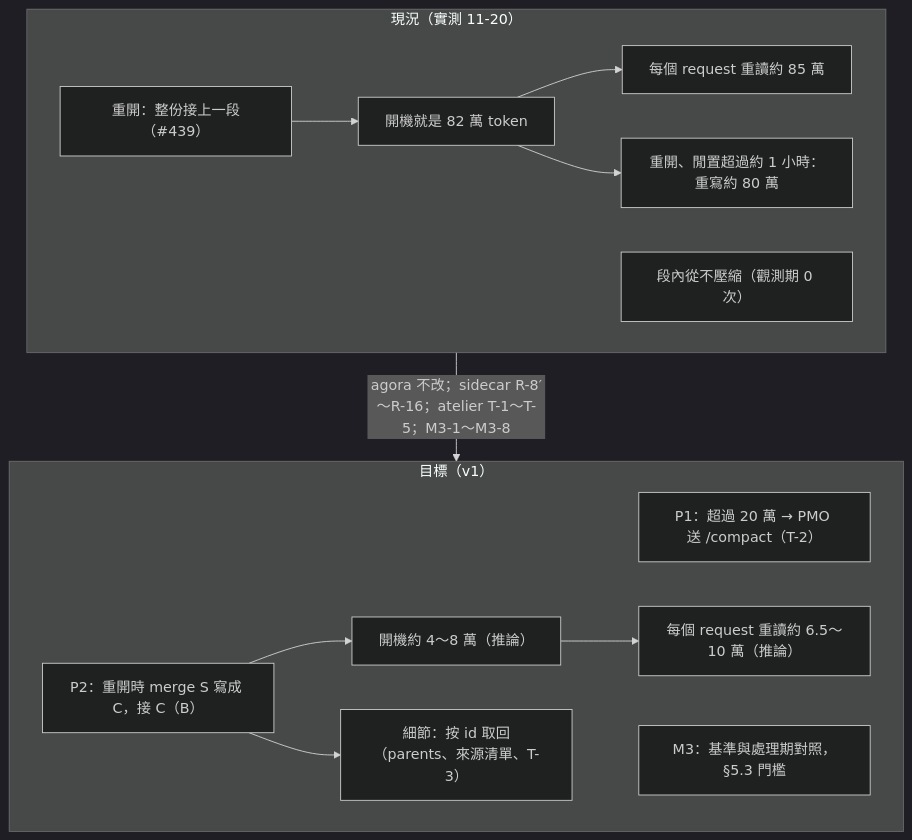
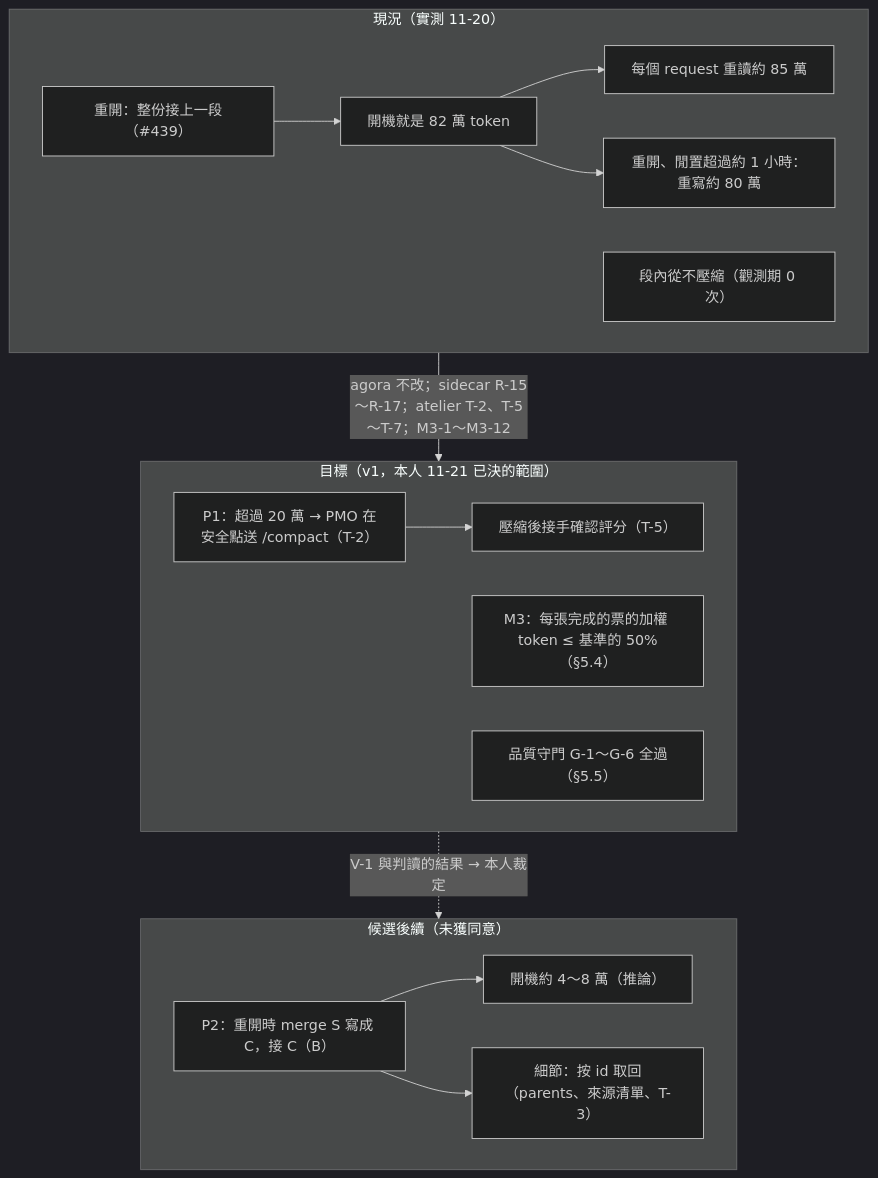
The third of 3 diagrams in docs/design-notes/462-v1-recall-instead-of-resend.md (FATESAIKOU/MyAiStorage), drawn with Mermaid (dark theme) before and after one commit. The commit also changed other lines of this file and 1 other file, not shown here.

First line of the commit message:
#462 v1 design fix3: scope L1=A, per-ticket success target L2, quality gates, V-1 protocol (design only)

````diff
--- a/docs/design-notes/462-v1-recall-instead-of-resend.md
+++ b/docs/design-notes/462-v1-recall-instead-of-resend.md
@@ -467,17 +709,20 @@
 ```mermaid
 flowchart TB
   subgraph NOW["現況（實測 11-20）"]
     N1["重開：整份接上一段（#439）"] --> N2["開機就是 82 萬 token"]
     N2 --> N3["每個 request 重讀約 85 萬"]
     N2 --> N4["重開、閒置超過約 1 小時：重寫約 80 萬"]
     N5["段內從不壓縮（觀測期 0 次）"]
   end
-  subgraph TARGET["目標（v1）"]
-    T0["P1：超過 20 萬 → PMO 送 /compact（T-2）"]
+  subgraph TARGET["目標（v1，本人 11-21 已決的範圍）"]
+    T0["P1：超過 20 萬 → PMO 在安全點送 /compact（T-2）"] --> T6["壓縮後接手確認評分（T-5）"]
+    T5["M3：每張完成的票的加權 token ≤ 基準的 50%（§5.4）"]
+    T7["品質守門 G-1～G-6 全過（§5.5）"]
+  end
+  subgraph CAND["候選後續（未獲同意）"]
     T1["P2：重開時 merge S 寫成 C，接 C（B）"] --> T2["開機約 4～8 萬（推論）"]
-    T2 --> T3["每個 request 重讀約 6.5～10 萬（推論）"]
     T1 --> T4["細節：按 id 取回（parents、來源清單、T-3）"]
-    T5["M3：基準與處理期對照，§5.3 門檻"]
   end
-  NOW -->|"agora 不改；sidecar R-8′～R-16；atelier T-1～T-5；M3-1～M3-8"| TARGET
+  NOW -->|"agora 不改；sidecar R-15～R-17；atelier T-2、T-5～T-7；M3-1～M3-12"| TARGET
+  TARGET -.->|"V-1 與判讀的結果 → 本人裁定"| CAND
 ```
````
